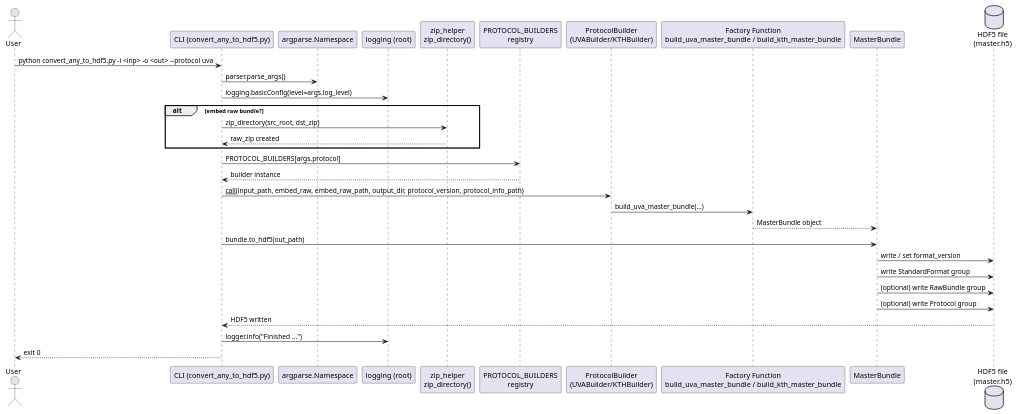
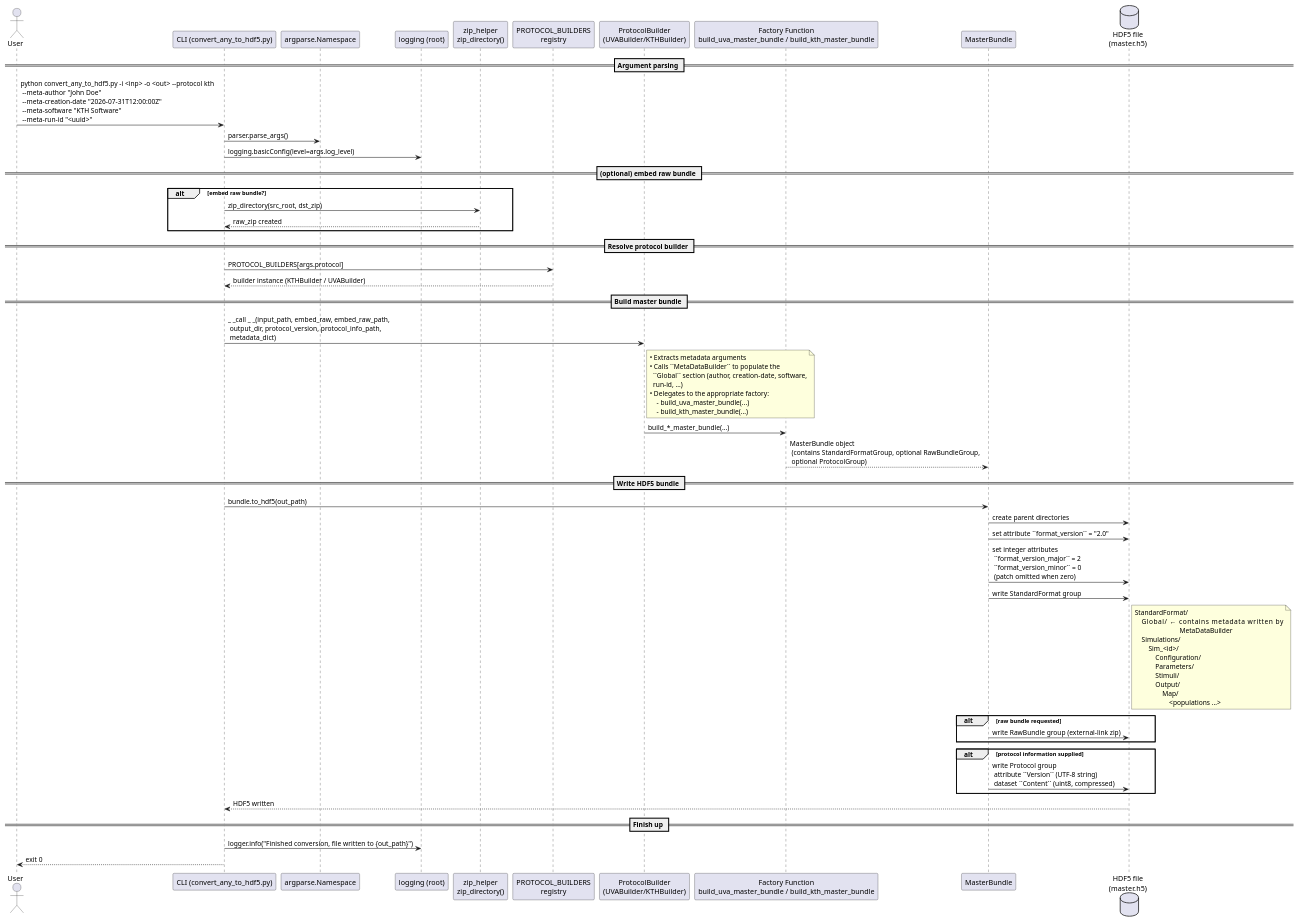
Before and after one commit to virtual-brain-twins/vbt-converter: the diagram in docs/sd_directory_to_hdf5.puml, drawn with PlantUML. The commit also changed 33 other files, not shown here.

First line of the commit message:
feat(converter): migrate SpikeMap to generic Map, extend schema to version 2.0 and add validation CLI

```diff
--- a/docs/sd_directory_to_hdf5.puml
+++ b/docs/sd_directory_to_hdf5.puml
@@ -1,33 +1,72 @@
 @startuml sd_directory_to_hdf5
 actor User as u
 participant "CLI (convert_any_to_hdf5.py)" as cli
 participant "argparse.Namespace" as args
 participant "logging (root)" as rootlog
 participant "zip_helper\nzip_directory()" as zipper
 participant "PROTOCOL_BUILDERS\nregistry" as registry
 participant "ProtocolBuilder\n(UVABuilder/KTHBuilder)" as builder
 participant "Factory Function\nbuild_uva_master_bundle / build_kth_master_bundle" as factory
 participant "MasterBundle" as bundle
 database "HDF5 file\n(master.h5)" as h5file
 
-u -> cli : python convert_any_to_hdf5.py -i <inp> -o <out> --protocol uva
+== Argument parsing ==
+u -> cli : python convert_any_to_hdf5.py -i <inp> -o <out> --protocol kth \n --meta-author "John Doe" \n --meta-creation-date "2026-07-31T12:00:00Z" \n --meta-software "KTH Software" \n --meta-run-id "<uuid>"
 cli -> args : parser.parse_args()
 cli -> rootlog : logging.basicConfig(level=args.log_level)
+
+== (optional) embed raw bundle ==
 alt embed raw bundle?
     cli -> zipper : zip_directory(src_root, dst_zip)
     zipper --> cli : raw_zip created
 end
+
+== Resolve protocol builder ==
 cli -> registry : PROTOCOL_BUILDERS[args.protocol]
-registry --> cli : builder instance
-cli -> builder : __call__(input_path, embed_raw, embed_raw_path, output_dir, protocol_version, protocol_info_path)
-builder -> factory : build_uva_master_bundle(...)
-factory --> bundle : MasterBundle object
+registry --> cli : builder instance (KTHBuilder / UVABuilder)
+
+== Build master bundle ==
+cli -> builder :  _ _call _ _(input_path, embed_raw, embed_raw_path,\n output_dir, protocol_version, protocol_info_path,\n metadata_dict)
+note right of builder
+    • Extracts metadata arguments
+    • Calls ``MetaDataBuilder`` to populate the
+      ``Global`` section (author, creation‑date, software,
+      run‑id, …)
+    • Delegates to the appropriate factory:
+        – build_uva_master_bundle(...)
+        – build_kth_master_bundle(...)
+end note
+builder -> factory : build_*_master_bundle(...)
+factory --> bundle : MasterBundle object\n (contains StandardFormatGroup, optional RawBundleGroup,\n optional ProtocolGroup)
+
+== Write HDF5 bundle ==
 cli -> bundle : bundle.to_hdf5(out_path)
-bundle -> h5file : write / set format_version
+bundle -> h5file : create parent directories
+bundle -> h5file : set attribute ``format_version`` = "2.0"
+bundle -> h5file : set integer attributes\n ``format_version_major`` = 2\n ``format_version_minor`` = 0\n (patch omitted when zero)
 bundle -> h5file : write StandardFormat group
-bundle -> h5file : (optional) write RawBundle group
-bundle -> h5file : (optional) write Protocol group
+note right of h5file
+    StandardFormat/
+        Global/            ← contains metadata written by
+                              MetaDataBuilder
+        Simulations/
+            Sim_<id>/
+                Configuration/
+                Parameters/
+                Stimuli/
+                Output/
+                    Map/
+                        <populations …>
+end note
+alt raw bundle requested
+    bundle -> h5file : write RawBundle group (external‑link zip)
+end
+alt protocol information supplied
+    bundle -> h5file : write Protocol group\n attribute ``Version`` (UTF‑8 string)\n dataset ``Content`` (uint8, compressed)
+end
 h5file --> cli : HDF5 written
-cli -> rootlog : logger.info("Finished …")
+
+== Finish up ==
+cli -> rootlog : logger.info("Finished conversion, file written to {out_path}")
 cli --> u : exit 0
 @enduml
```
